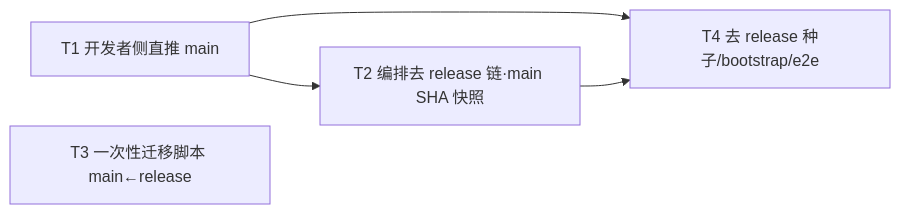
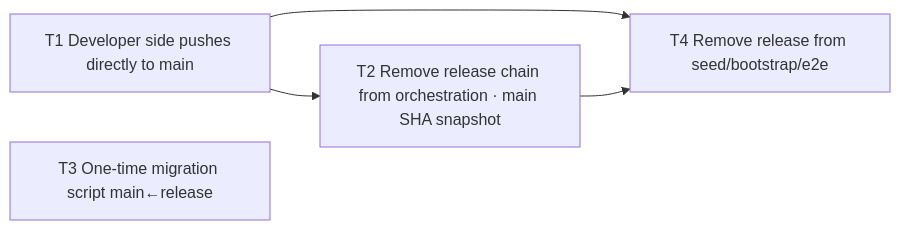
The diagram in docs/specs/0007-dev-trunk-main.md (Curry09/AHE-Beta), drawn with Mermaid before and after one commit. The commit also changed other lines of this file and 531 other files, not shown here.

````diff
--- a/docs/specs/0007-dev-trunk-main.md
+++ b/docs/specs/0007-dev-trunk-main.md
@@ -125,7 +125,7 @@
 ```mermaid
 graph LR
-  T1[T1 开发者侧直推 main] --> T2[T2 编排去 release 链·main SHA 快照]
-  T1 --> T4[T4 去 release 种子/bootstrap/e2e]
+  T1[T1 Developer side pushes directly to main] --> T2[T2 Remove release chain from orchestration · main SHA snapshot]
+  T1 --> T4[T4 Remove release from seed/bootstrap/e2e]
   T2 --> T4
-  T3[T3 一次性迁移脚本 main←release]
+  T3[T3 One-time migration script main←release]
 ```
````
